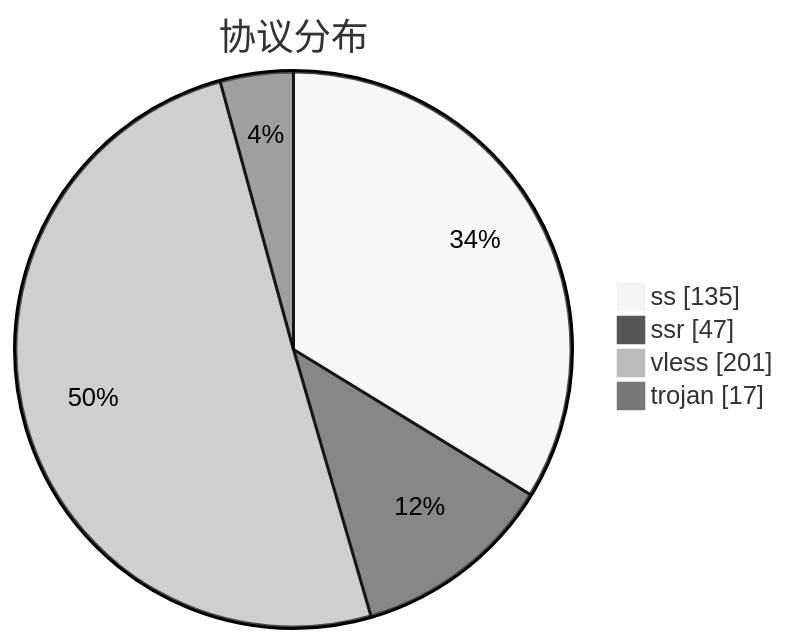
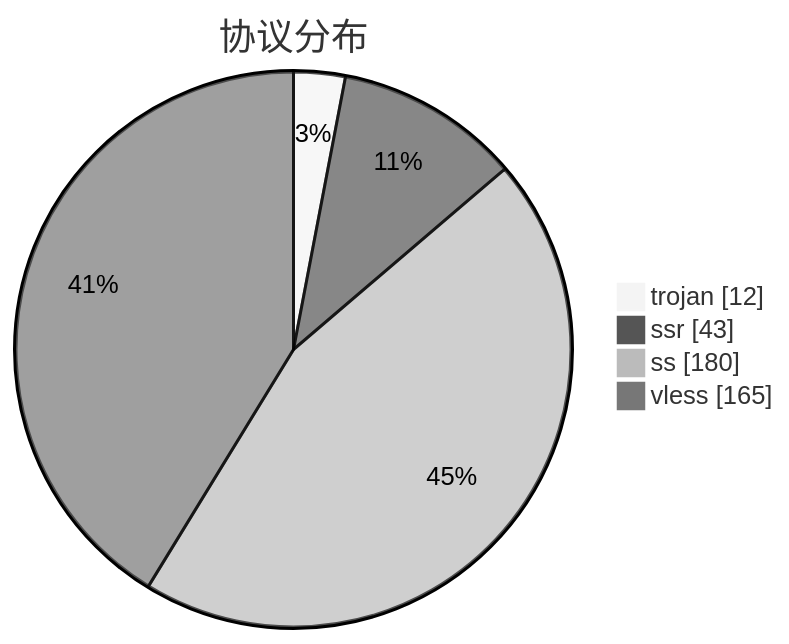
Before and after one commit to qjlxg/airport: the third of 3 diagrams in subs/statistics/tested_within.md, drawn with Mermaid (neutral theme). The commit also changed other lines of this file and 2 other files, not shown here.

````diff
--- a/subs/statistics/tested_within.md
+++ b/subs/statistics/tested_within.md
@@ -19,8 +19,8 @@
 ```mermaid
 pie showData
 title 协议分布
-"ss" : 135
-"ssr" : 47
-"vless" : 201
-"trojan" : 17
+"trojan" : 12
+"ssr" : 43
+"ss" : 180
+"vless" : 165
 ```
````
